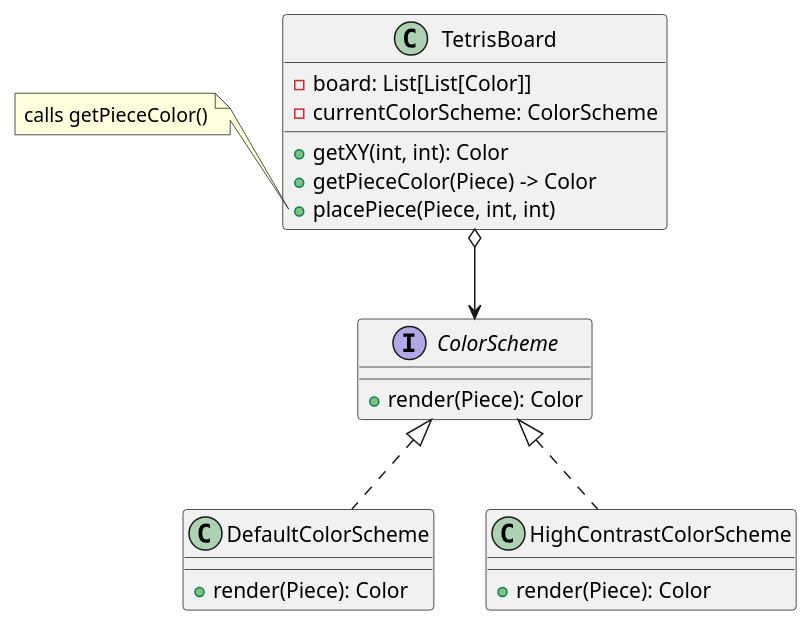
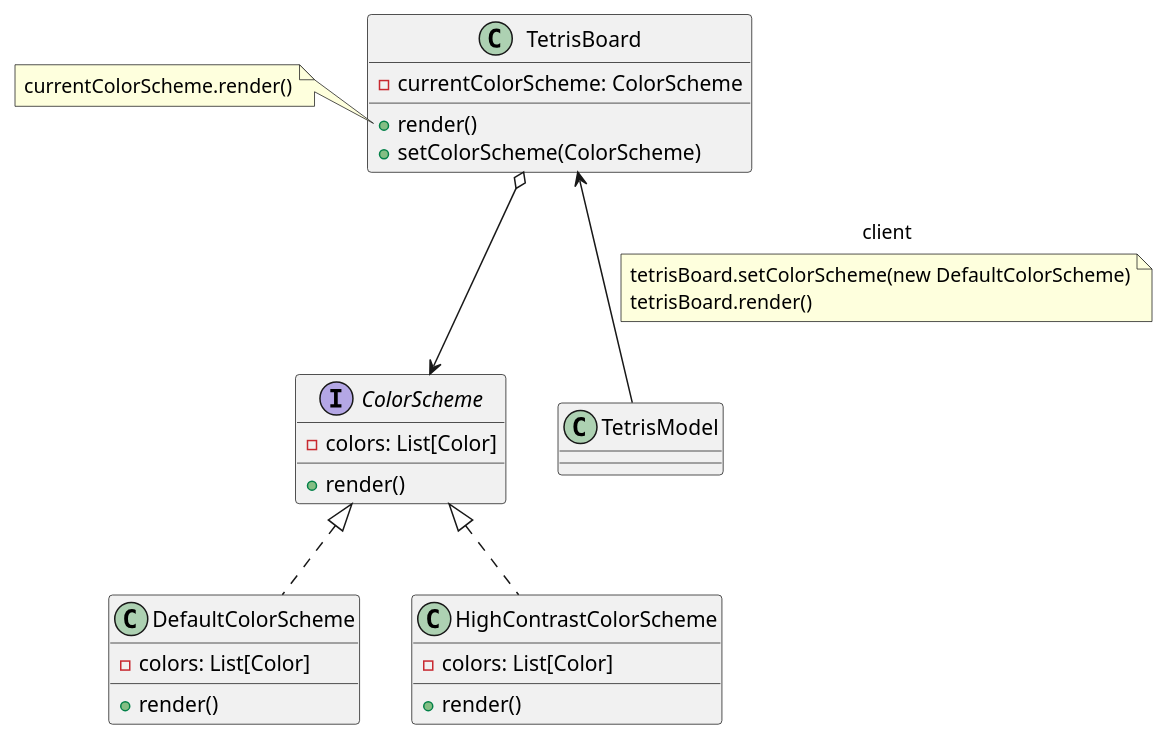
The diagram in docs/uml/colorscheme.puml (jimmy-zx/SAC), drawn with PlantUML before and after one commit.

Commit message:
[docs] Add client code

```diff
--- a/docs/uml/colorscheme.puml
+++ b/docs/uml/colorscheme.puml
@@ -1,31 +1,38 @@
 @startuml
 
 class TetrisBoard {
-- board: List[List[Color]]
 - currentColorScheme: ColorScheme
-+ getXY(int, int): Color
-+ getPieceColor(Piece) -> Color
-+ placePiece(Piece, int, int)
++ render()
++ setColorScheme(ColorScheme)
 }
 
-note left of TetrisBoard::placePiece
-calls getPieceColor()
+note left of TetrisBoard::render
+currentColorScheme.render()
 end note
 
 interface ColorScheme {
-+ render(Piece): Color
+- colors: List[Color]
++ render()
 }
 
 class DefaultColorScheme {
-+ render(Piece): Color
+- colors: List[Color]
++ render()
 }
 
 class HighContrastColorScheme {
-+ render(Piece): Color
+- colors: List[Color]
++ render()
 }
 
 TetrisBoard o--> ColorScheme
 ColorScheme <|.. DefaultColorScheme
 ColorScheme <|.. HighContrastColorScheme
+TetrisBoard <-- TetrisModel: client
+
+note on link
+tetrisBoard.setColorScheme(new DefaultColorScheme)
+tetrisBoard.render()
+end note
 
 @enduml
```
